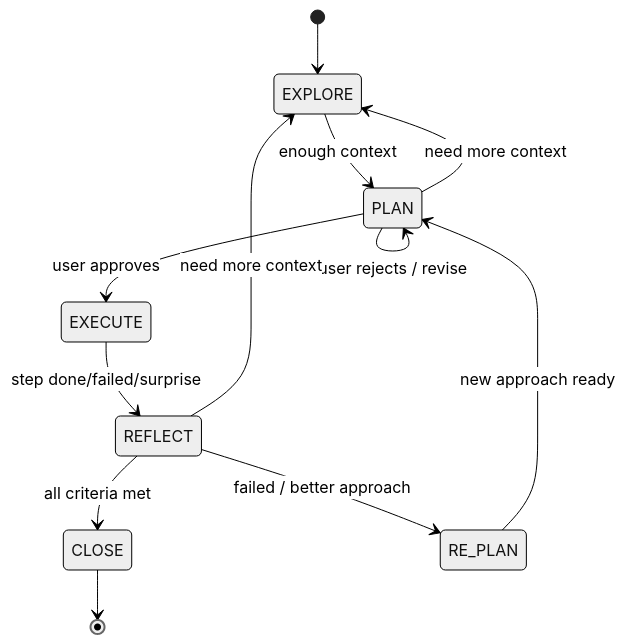
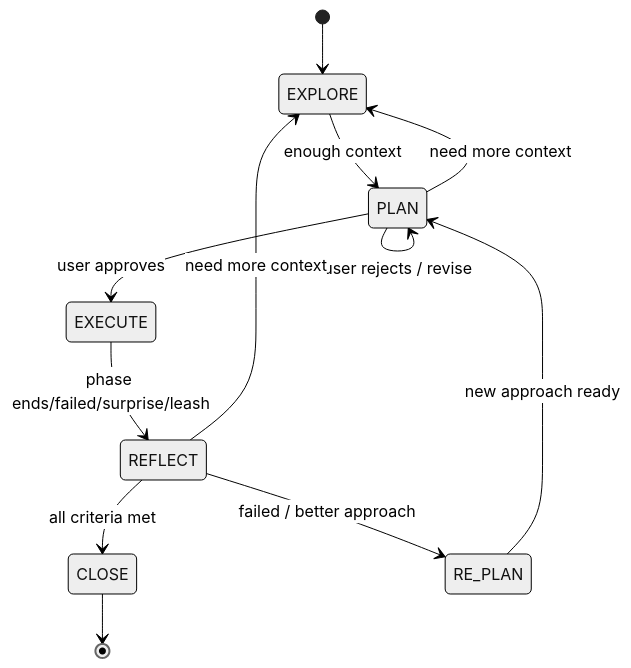
The diagram in src/SKILL.md (NikolasMarkou/iterative-planner), drawn with Mermaid (neutral theme) before and after one commit. The commit also changed other lines of this file and 5 other files, not shown here.

First line of the commit message:
Fix goal regex, EXECUTE→REFLECT wording, Makefile cleanup, orphan warnings (v1.9.0)

````diff
--- a/src/SKILL.md
+++ b/src/SKILL.md
@@ -19,14 +19,14 @@
 ```mermaid
 stateDiagram-v2
     [*] --> EXPLORE
     EXPLORE --> PLAN : enough context
     PLAN --> EXPLORE : need more context
     PLAN --> PLAN : user rejects / revise
     PLAN --> EXECUTE : user approves
-    EXECUTE --> REFLECT : step done/failed/surprise
+    EXECUTE --> REFLECT : phase ends/failed/surprise/leash
     REFLECT --> CLOSE : all criteria met
     REFLECT --> RE_PLAN : failed / better approach
     REFLECT --> EXPLORE : need more context
     RE_PLAN --> PLAN : new approach ready
     CLOSE --> [*]
 ```
````
